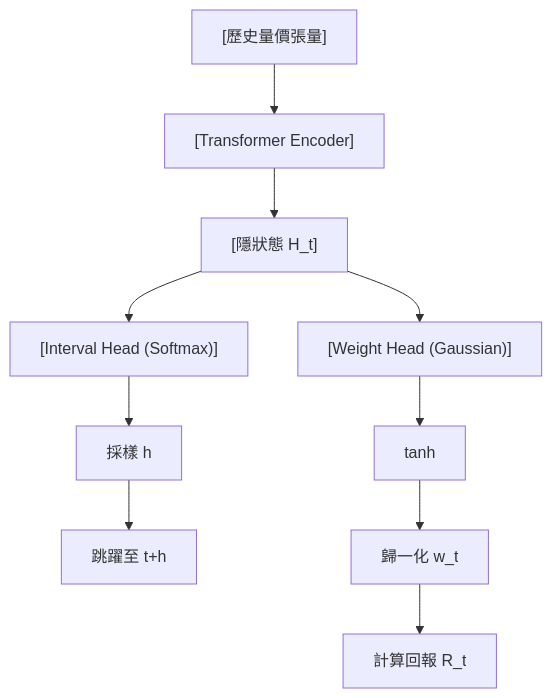
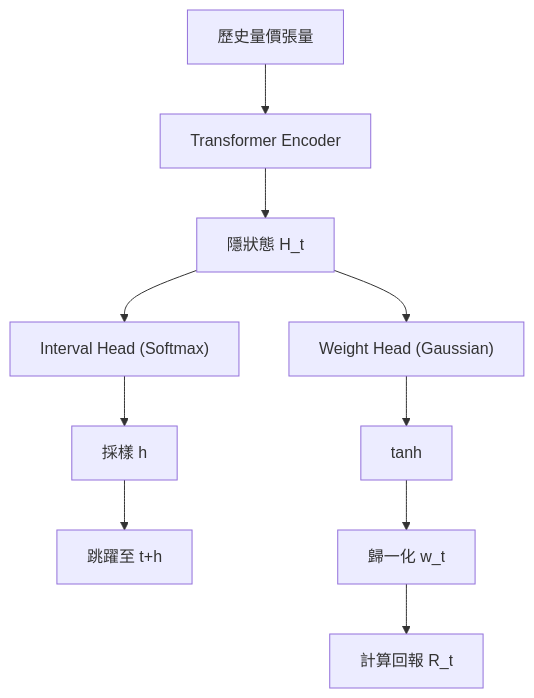
Before and after one commit to sou350121/Trading-Handbook: the diagram in foundations/reinforcement-learning/deeparies.md, drawn with Mermaid. The commit also changed 191 other files, not shown here.

First line of the commit message:
render: fix math + mermaid for GitHub across the corpus (188 pages)

````diff
--- a/foundations/reinforcement-learning/deeparies.md
+++ b/foundations/reinforcement-learning/deeparies.md
@@ -30,12 +30,12 @@
 ```mermaid
 flowchart TD
-    A["[歷史量價張量]"] --> B["[Transformer Encoder]"]
-    B["[Transformer Encoder]"] --> C["[隱狀態 H_t]"]
-    C["[隱狀態 H_t]"] --> D["[Interval Head (Softmax)]"]
-    D["[Interval Head (Softmax)]"] --> E["採樣 h"]
+    A["歷史量價張量"] --> B["Transformer Encoder"]
+    B["Transformer Encoder"] --> C["隱狀態 H_t"]
+    C["隱狀態 H_t"] --> D["Interval Head (Softmax)"]
+    D["Interval Head (Softmax)"] --> E["採樣 h"]
     E["採樣 h"] --> F["跳躍至 t+h"]
-    C["[隱狀態 H_t]"] --> G["[Weight Head (Gaussian)]"]
-    G["[Weight Head (Gaussian)]"] --> H["tanh"]
+    C["隱狀態 H_t"] --> G["Weight Head (Gaussian)"]
+    G["Weight Head (Gaussian)"] --> H["tanh"]
     H["tanh"] --> I["歸一化 w_t"]
     I["歸一化 w_t"] --> J["計算回報 R_t"]
 ```
````
